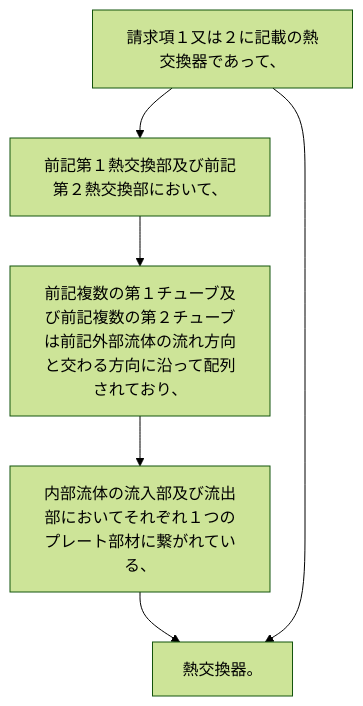
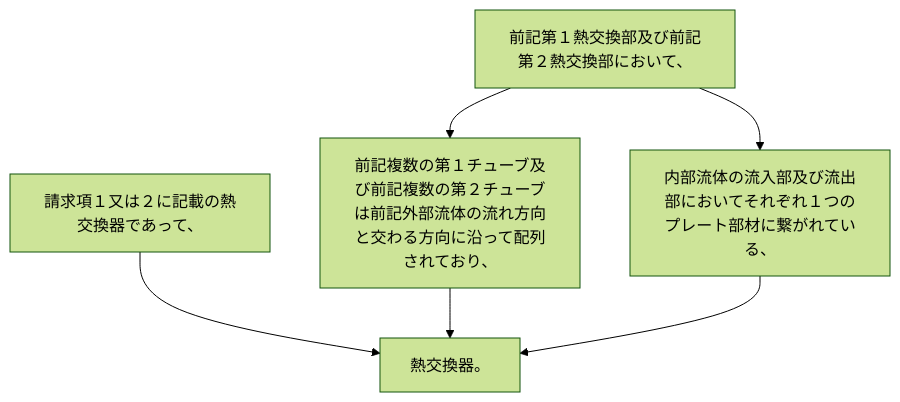
Before and after one commit to shinmori55/patent_analyzed: the diagram in 2024/JP2024007944A/claim_3/claim_3_graph.md, drawn with Mermaid (forest theme). The commit also changed 3332 other files, not shown here.

````diff
--- a/2024/JP2024007944A/claim_3/claim_3_graph.md
+++ b/2024/JP2024007944A/claim_3/claim_3_graph.md
@@ -1,13 +1,13 @@
 ```mermaid
 flowchart TD
 A[請求項１又は２に記載の熱交換器であって、]
 B[前記第１熱交換部及び前記第２熱交換部において、]
 C[前記複数の第１チューブ及び前記複数の第２チューブは前記外部流体の流れ方向と交わる方向に沿って配列されており、]
 D[内部流体の流入部及び流出部においてそれぞれ１つのプレート部材に繋がれている、]
 E[熱交換器。]
-A --> B
+A --> E
 B --> C
-C --> D
+B --> D
+C --> E
 D --> E
-A --> E
 ```
````
